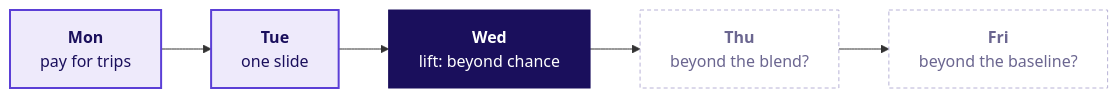
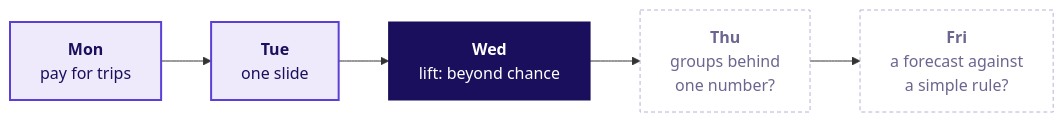
The third of 3 diagrams in content/W04/D3/slides/C2_W04_D03_half2_STUDENT.md (fde-academy-lab/c2-content-factory), drawn with Mermaid before and after one commit. The commit also changed other lines of this file and 5 other files, not shown here.

````diff
--- a/content/W04/D3/slides/C2_W04_D03_half2_STUDENT.md
+++ b/content/W04/D3/slides/C2_W04_D03_half2_STUDENT.md
@@ -195,13 +199,13 @@
 ```mermaid
 flowchart LR
     M["<b>Mon</b><br/>pay for trips"] --> T["<b>Tue</b><br/>one slide"]
     T --> W["<b>Wed</b><br/>lift: beyond chance"]
-    W --> H["<b>Thu</b><br/>beyond the blend?"]
-    H --> F["<b>Fri</b><br/>beyond the baseline?"]
+    W --> H["<b>Thu</b><br/>groups behind<br/>one number?"]
+    H --> F["<b>Fri</b><br/>a forecast against<br/>a simple rule?"]
     classDef known fill:#EEEAFB,stroke:#5B3FD6,color:#1A0F5C,stroke-width:2px
     classDef lit fill:#1A0F5C,stroke:#1A0F5C,color:#FFFFFF
     classDef unknown fill:#FFFFFF,stroke:#B8B2D6,color:#6B6690,stroke-dasharray:4 3
     class M,T known
     class W lit
     class H,F unknown
 ```
````
